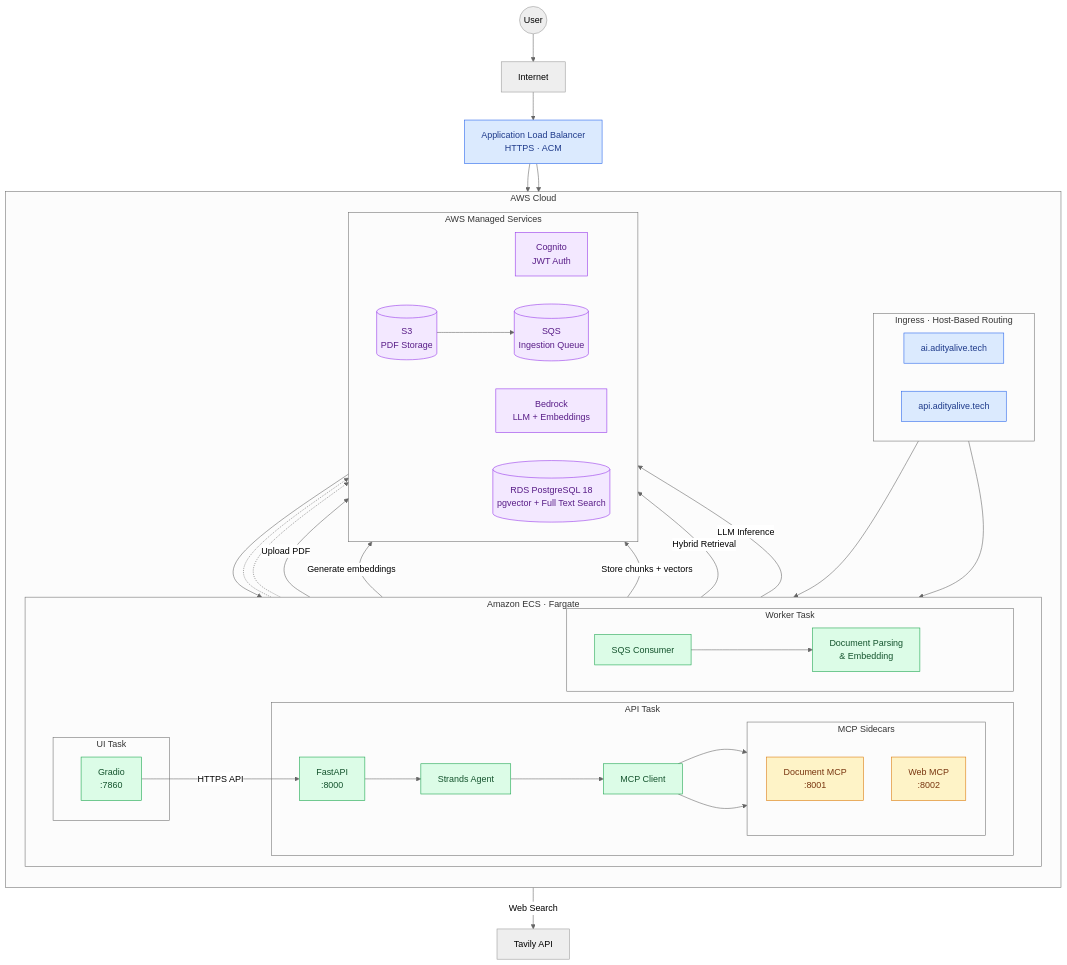
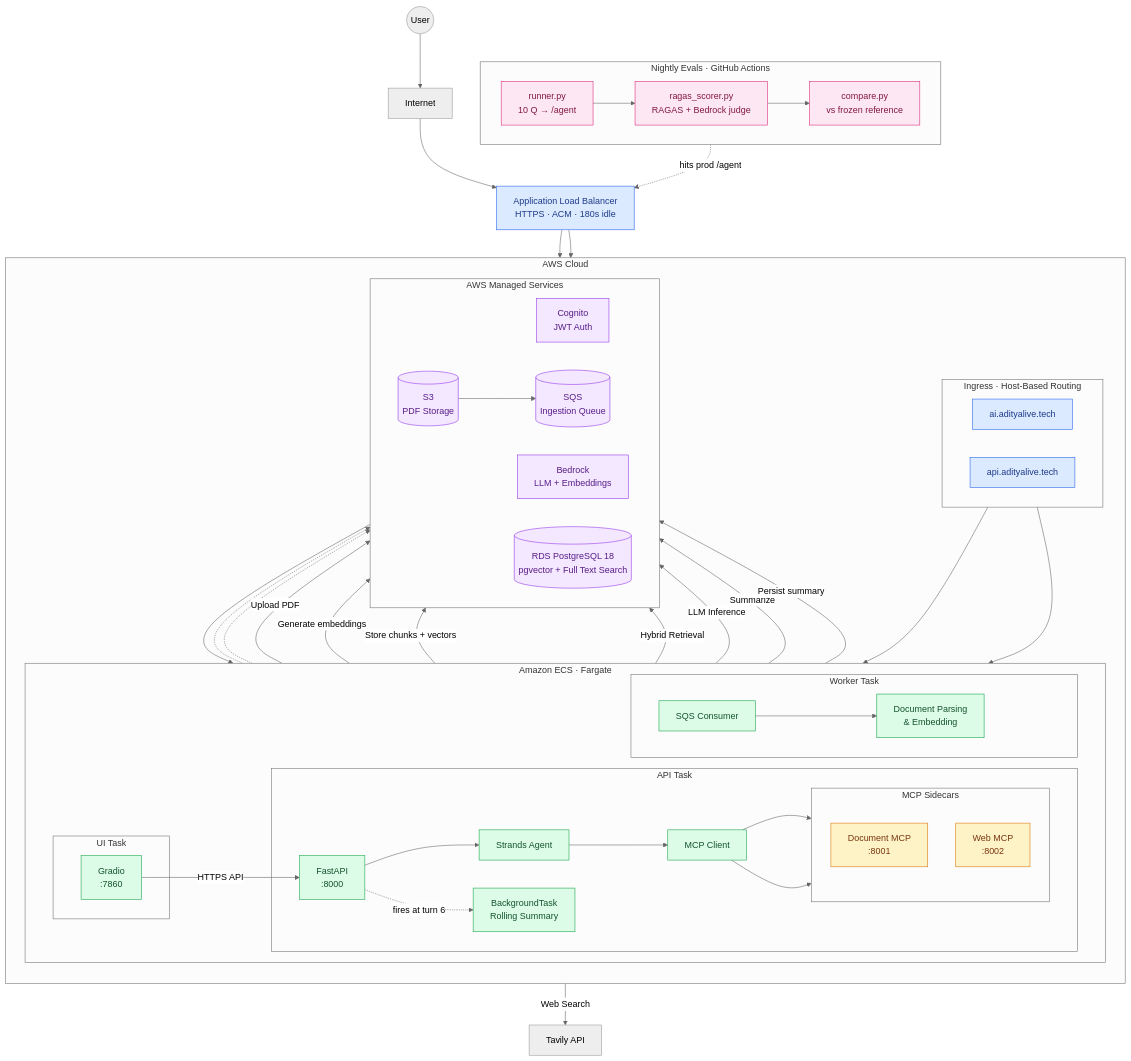
One commit to MP-30/Academic-Intelligence-Platform changed the diagram in README.md. Above: the diagram before and after it, drawn with Mermaid (neutral theme). The commit also changed other lines of this file, not shown here.

First line of the commit message:
docs: update README for v0.9 — add evals + memory compaction, remove workspace UUID

````diff
--- a/README.md
+++ b/README.md
@@ -31,7 +36,7 @@
 flowchart TB
     User((User))
     Internet["Internet"]
-    ALB["Application Load Balancer<br/>HTTPS · ACM"]
+    ALB["Application Load Balancer<br/>HTTPS · ACM · 180s idle"]
 
     User --> Internet --> ALB
 
@@ -55,8 +60,10 @@
                 FastAPI["FastAPI<br/>:8000"]
                 Agent["Strands Agent"]
                 Client["MCP Client"]
+                Compactor["BackgroundTask<br/>Rolling Summary"]
 
                 FastAPI --> Agent --> Client
+                FastAPI -.->|"fires at turn 6"| Compactor
 
                 subgraph Sidecars["MCP Sidecars"]
                     direction TB
@@ -85,6 +92,15 @@
         end
     end
 
+    subgraph Evals["Nightly Evals · GitHub Actions"]
+        Runner["runner.py<br/>10 Q → /agent"]
+        Scorer["ragas_scorer.py<br/>RAGAS + Bedrock judge"]
+        Compare["compare.py<br/>vs frozen reference"]
+        Runner --> Scorer --> Compare
+    end
+
+    Evals -.->|"hits prod /agent"| ALB
+
     ALB --> UI_Route --> Gradio
     ALB --> API_Route --> FastAPI
     Gradio -->|"HTTPS API"| FastAPI
@@ -100,15 +116,19 @@
 
     DocMCP -->|"Hybrid Retrieval"| RDS
     Agent -->|"LLM Inference"| Bedrock
+    Compactor -->|"Summarize"| Bedrock
+    Compactor -->|"Persist summary"| RDS
     WebMCP -->|"Web Search"| Tavily["Tavily API"]
 
     classDef ingress fill:#dbeafe,stroke:#2563eb,color:#1e3a8a
     classDef app fill:#dcfce7,stroke:#16a34a,color:#14532d
     classDef mcp fill:#fef3c7,stroke:#d97706,color:#78350f
     classDef aws fill:#f3e8ff,stroke:#9333ea,color:#581c87
+    classDef eval fill:#fce7f3,stroke:#db2777,color:#831843
 
     class ALB,UI_Route,API_Route ingress
-    class Gradio,FastAPI,Agent,Client,Consumer,Embed app
+    class Gradio,FastAPI,Agent,Client,Consumer,Embed,Compactor app
     class DocMCP,WebMCP mcp
     class Cognito,S3,SQS,Bedrock,RDS aws
+    class Runner,Scorer,Compare eval
 ```
````
